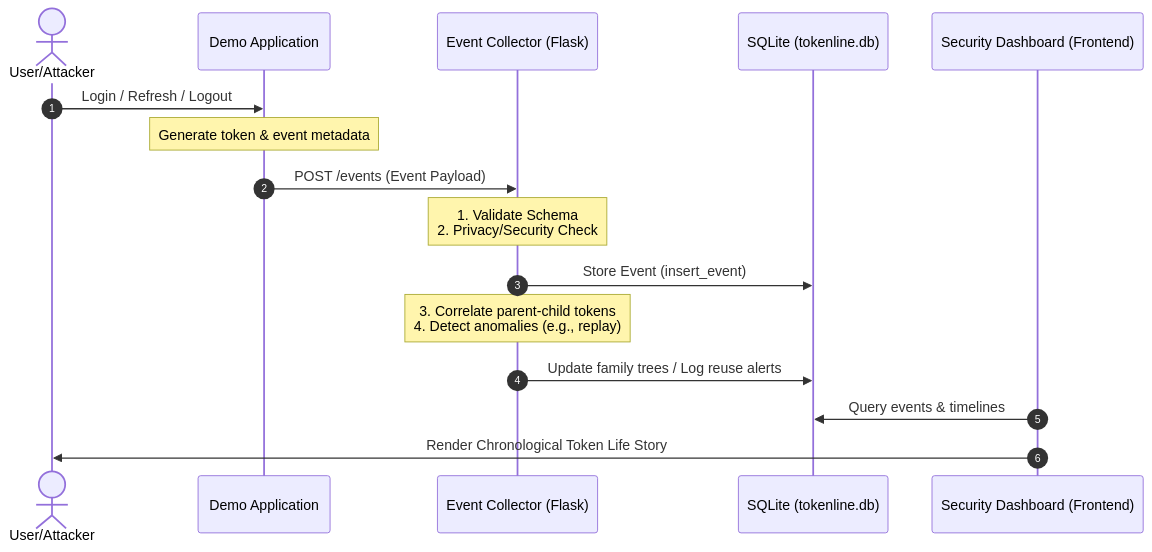
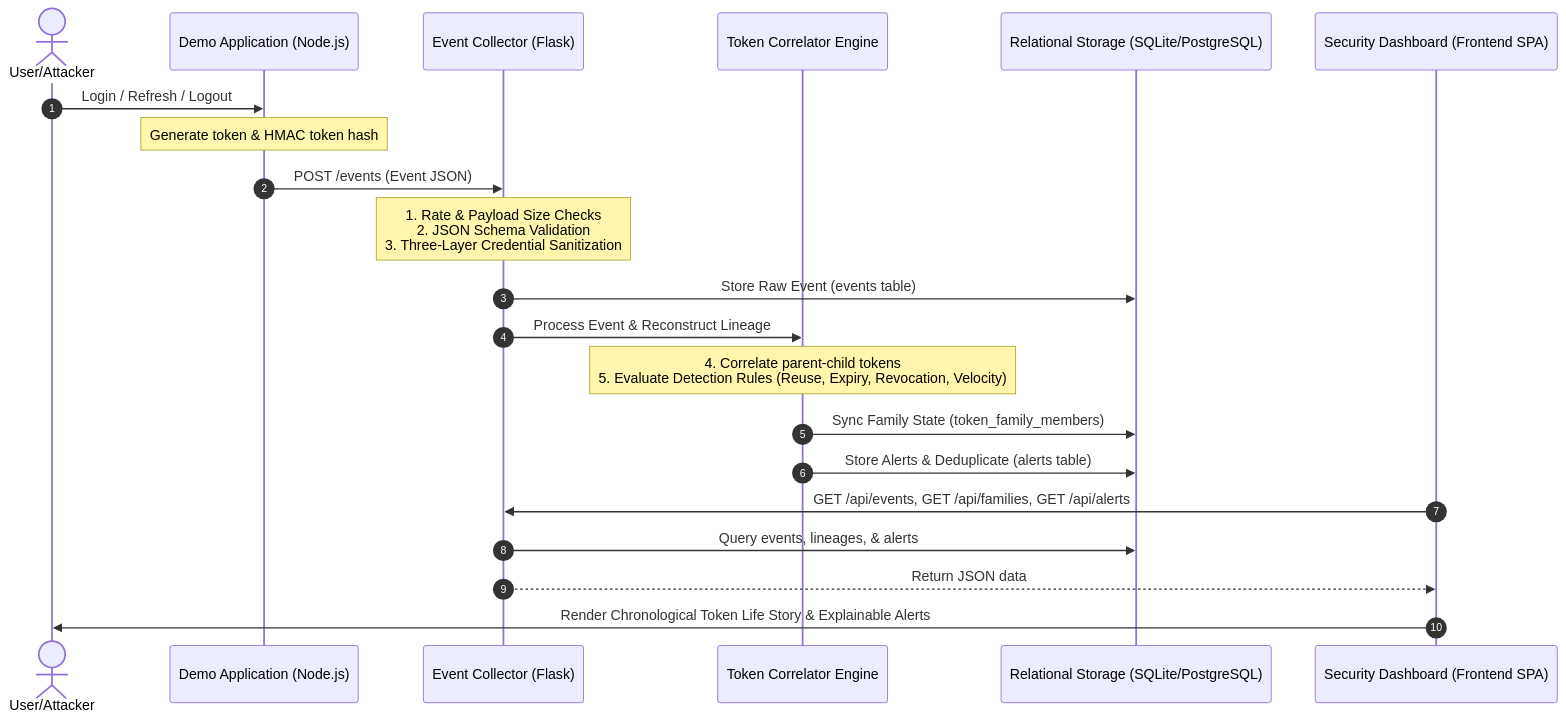
One commit to urvalkheni/TokenLine changed the diagram in PROJECT_FLOW.md. Above: the diagram before and after it, drawn with Mermaid. The commit also changed other lines of this file and 9 other files, not shown here.

````diff
--- a/PROJECT_FLOW.md
+++ b/PROJECT_FLOW.md
@@ -11,22 +11,27 @@
 ```mermaid
 sequenceDiagram
     autonumber
     actor User as User/Attacker
-    participant DemoApp as Demo Application
+    participant DemoApp as Demo Application (Node.js)
     participant Collector as Event Collector (Flask)
-    participant DB as SQLite (tokenline.db)
-    participant UI as Security Dashboard (Frontend)
+    participant Correlator as Token Correlator Engine
+    participant DB as Relational Storage (SQLite/PostgreSQL)
+    participant UI as Security Dashboard (Frontend SPA)
 
     User->>DemoApp: Login / Refresh / Logout
-    Note over DemoApp: Generate token & event metadata
-    DemoApp->>Collector: POST /events (Event Payload)
+    Note over DemoApp: Generate token & HMAC token hash
+    DemoApp->>Collector: POST /events (Event JSON)
     
-    Note over Collector: 1. Validate Schema<br/>2. Privacy/Security Check
-    Collector->>DB: Store Event (insert_event)
+    Note over Collector: 1. Rate & Payload Size Checks<br/>2. JSON Schema Validation<br/>3. Three-Layer Credential Sanitization
+    Collector->>DB: Store Raw Event (events table)
     
-    Note over Collector: 3. Correlate parent-child tokens<br/>4. Detect anomalies (e.g., replay)
-    Collector->>DB: Update family trees / Log reuse alerts
+    Collector->>Correlator: Process Event & Reconstruct Lineage
+    Note over Correlator: 4. Correlate parent-child tokens<br/>5. Evaluate Detection Rules (Reuse, Expiry, Revocation, Velocity)
+    Correlator->>DB: Sync Family State (token_family_members)
+    Correlator->>DB: Store Alerts & Deduplicate (alerts table)
     
-    UI->>DB: Query events & timelines
-    UI->>User: Render Chronological Token Life Story
+    UI->>Collector: GET /api/events, GET /api/families, GET /api/alerts
+    Collector->>DB: Query events, lineages, & alerts
+    Collector-->>UI: Return JSON data
+    UI->>User: Render Chronological Token Life Story & Explainable Alerts
 ```
````
